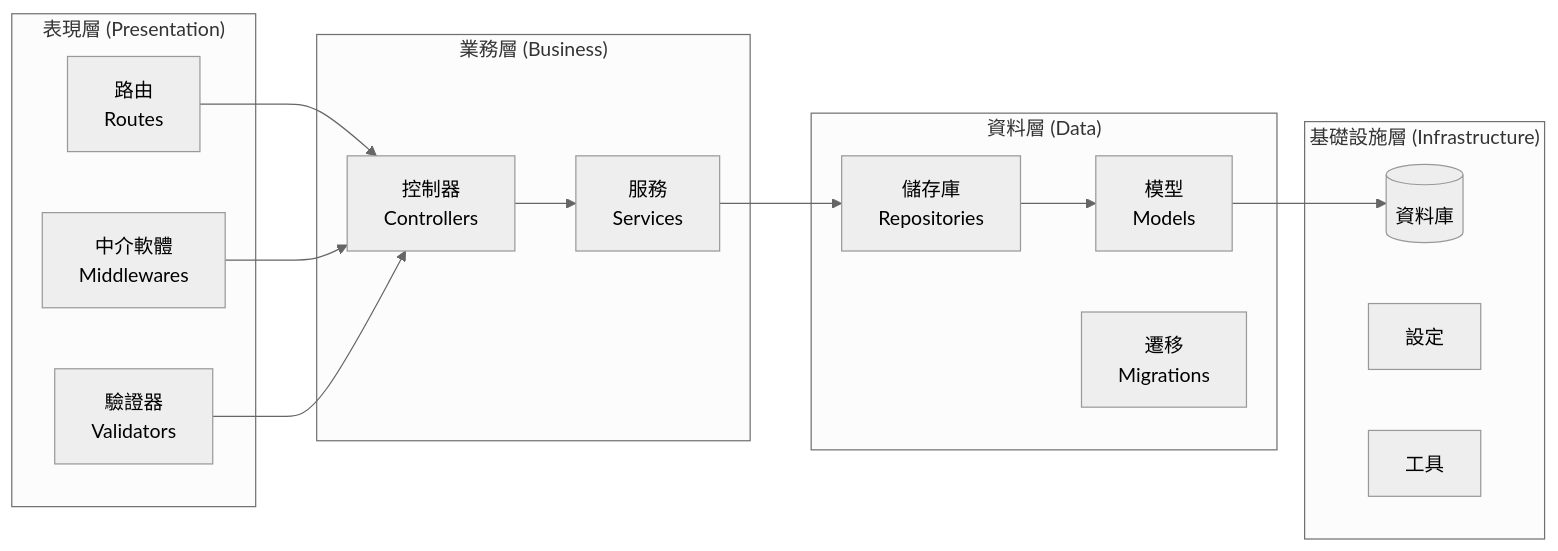
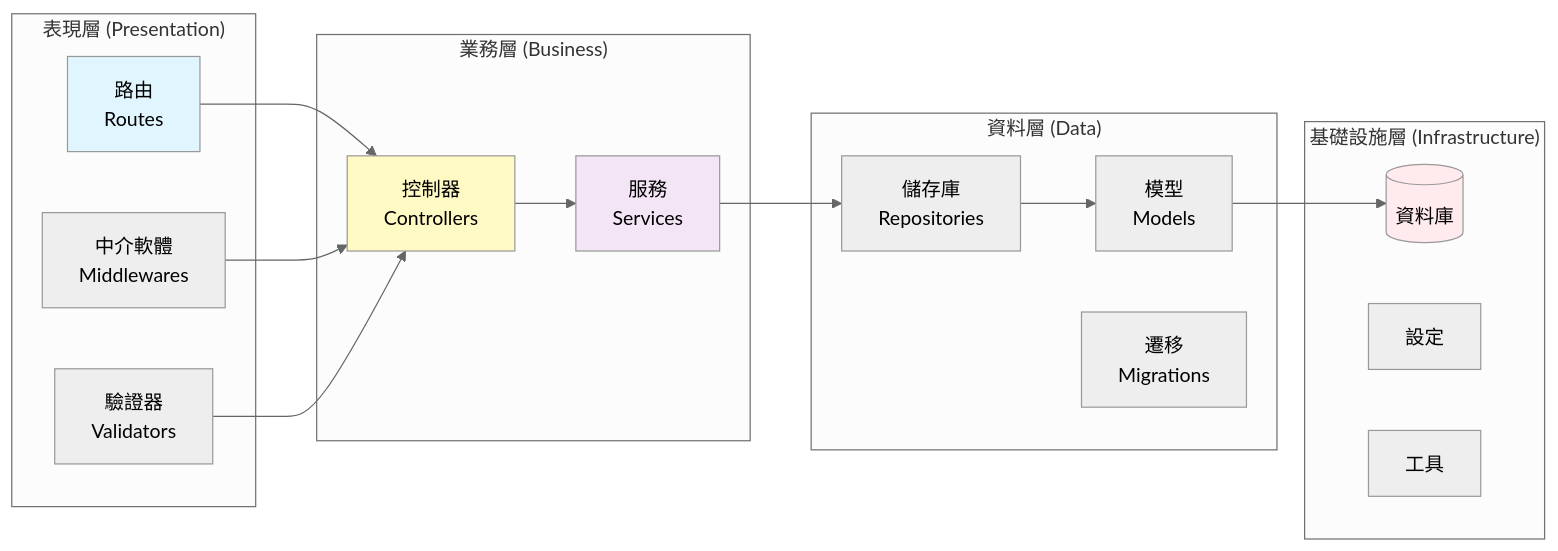
One commit to tboydar/service-booking-api changed the fourth of 22 diagrams in README.md. Above: the diagram before and after it, drawn with Mermaid (neutral theme). The commit also changed other lines of this file and 11 other files, not shown here.

````diff
--- a/README.md
+++ b/README.md
@@ -263,34 +238,38 @@
 ```mermaid
 flowchart LR
     subgraph "表現層 (Presentation)"
         Routes["路由<br/>Routes"]
         Middlewares["中介軟體<br/>Middlewares"]
         Validators["驗證器<br/>Validators"]
     end
 
     subgraph "業務層 (Business)"
         Controllers["控制器<br/>Controllers"]
         Services["服務<br/>Services"]
     end
 
     subgraph "資料層 (Data)"
         Repositories["儲存庫<br/>Repositories"]
         Models["模型<br/>Models"]
         Migrations["遷移<br/>Migrations"]
     end
 
     subgraph "基礎設施層 (Infrastructure)"
         Database[(資料庫)]
         Config["設定"]
         Utils["工具"]
     end
 
     Routes --> Controllers
     Middlewares --> Controllers
     Validators --> Controllers
     Controllers --> Services
     Services --> Repositories
     Repositories --> Models
     Models --> Database
 
+    style Routes fill:#e1f5fe
+    style Controllers fill:#fff9c4
+    style Services fill:#f3e5f5
+    style Database fill:#ffebee
 ```
````
